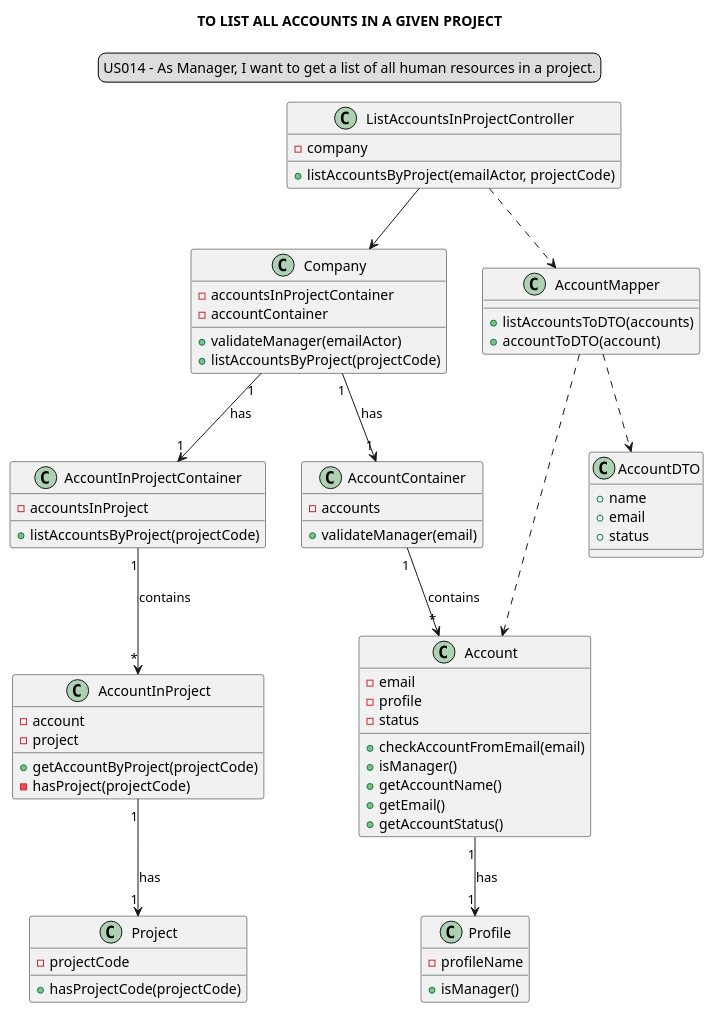
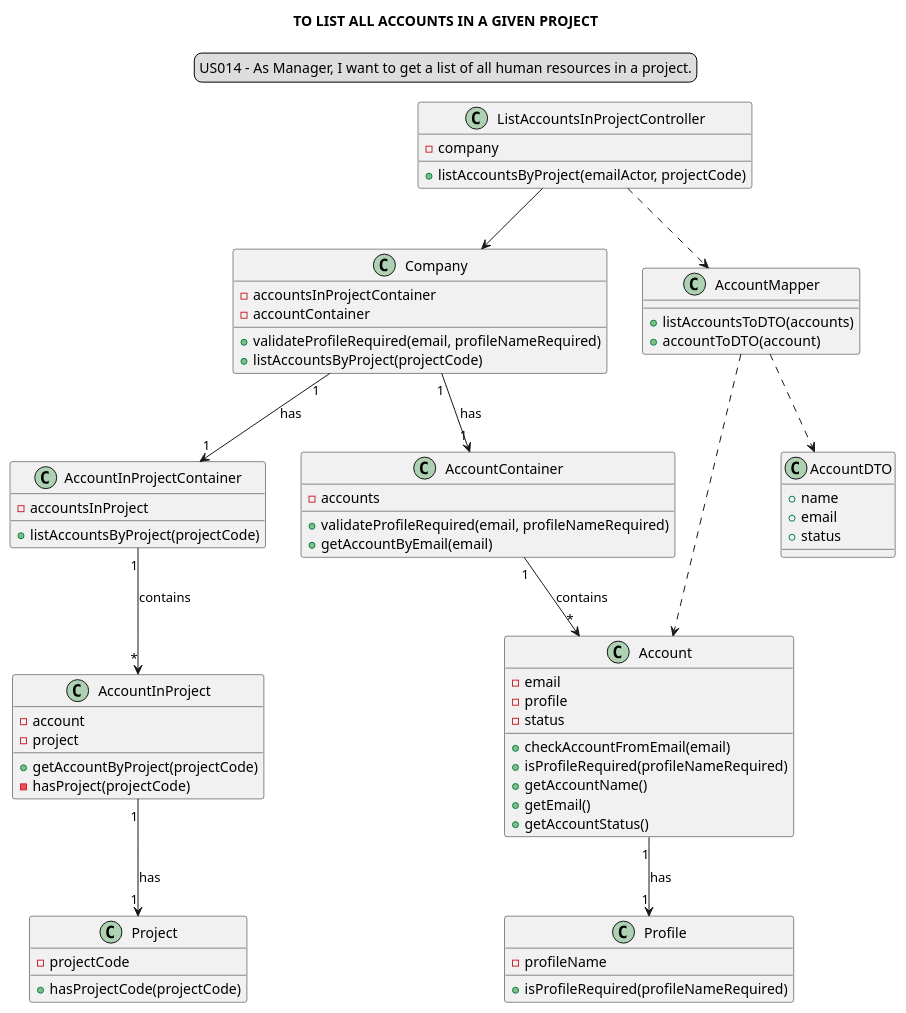
One commit to Loracline/project_switch_22-23 changed the diagram in docs/modelling_design/user_stories/sprint02/us014/US014_classDiagram.puml. Above: the diagram before and after it, drawn with PlantUML. The commit also changed 25 other files, not shown here.

Commit message:
US001,002,003,004,005,006,007,008,009,011_012_013, 014, 015, 016: Design : refinement of class Diagram

```diff
--- a/docs/modelling_design/user_stories/sprint02/us014/US014_classDiagram.puml
+++ b/docs/modelling_design/user_stories/sprint02/us014/US014_classDiagram.puml
@@ -1,78 +1,79 @@
 @startuml
 skinparam sequenceMessageAlign center
 title TO LIST ALL ACCOUNTS IN A GIVEN PROJECT
 legend top
 US014 - As Manager, I want to get a list of all human resources in a project.
 end legend
 class "ListAccountsInProjectController" {
 -company
 +listAccountsByProject(emailActor, projectCode)
 }
 
 class "Company"{
 -accountsInProjectContainer
 -accountContainer
-+validateManager(emailActor)
++validateProfileRequired(email, profileNameRequired)
 +listAccountsByProject(projectCode)
 }
 
 class "AccountInProjectContainer"{
 -accountsInProject
 +listAccountsByProject(projectCode)
 }
 
 class "AccountInProject"{
 -account
 -project
 +getAccountByProject(projectCode)
 -hasProject(projectCode)
 }
 
 class "AccountContainer" {
 -accounts
-+validateManager(email)
++validateProfileRequired(email, profileNameRequired)
++getAccountByEmail(email)
 }
 
 class "Account" {
 -email
 -profile
 -status
 +checkAccountFromEmail(email)
-+isManager()
++isProfileRequired(profileNameRequired)
 +getAccountName()
 +getEmail()
 +getAccountStatus()
 }
 
 class "Profile"{
 -profileName
-+isManager()
++isProfileRequired(profileNameRequired)
 }
 
 class "AccountMapper"{
 +listAccountsToDTO(accounts)
 +accountToDTO(account)
 }
 
 class "AccountDTO"{
 +name
 +email
 +status
 }
 
 class "Project"{
 -projectCode
 +hasProjectCode(projectCode)
 }
 
 "ListAccountsInProjectController" --> "Company"
 "ListAccountsInProjectController" ..> "AccountMapper"
 "Company" "1"-->"1" "AccountInProjectContainer": has
 "Company" "1" --> "1" "AccountContainer": has
 "AccountContainer" "1" --> "*" "Account": contains
 "Account" "1" --> "1""Profile": has
 "AccountMapper" ..> "AccountDTO"
 "AccountInProjectContainer" "1" --> "*" "AccountInProject": contains
 "AccountMapper"..>"Account"
 "AccountInProject" "1"-->"1" "Project": has
 @enduml
```
